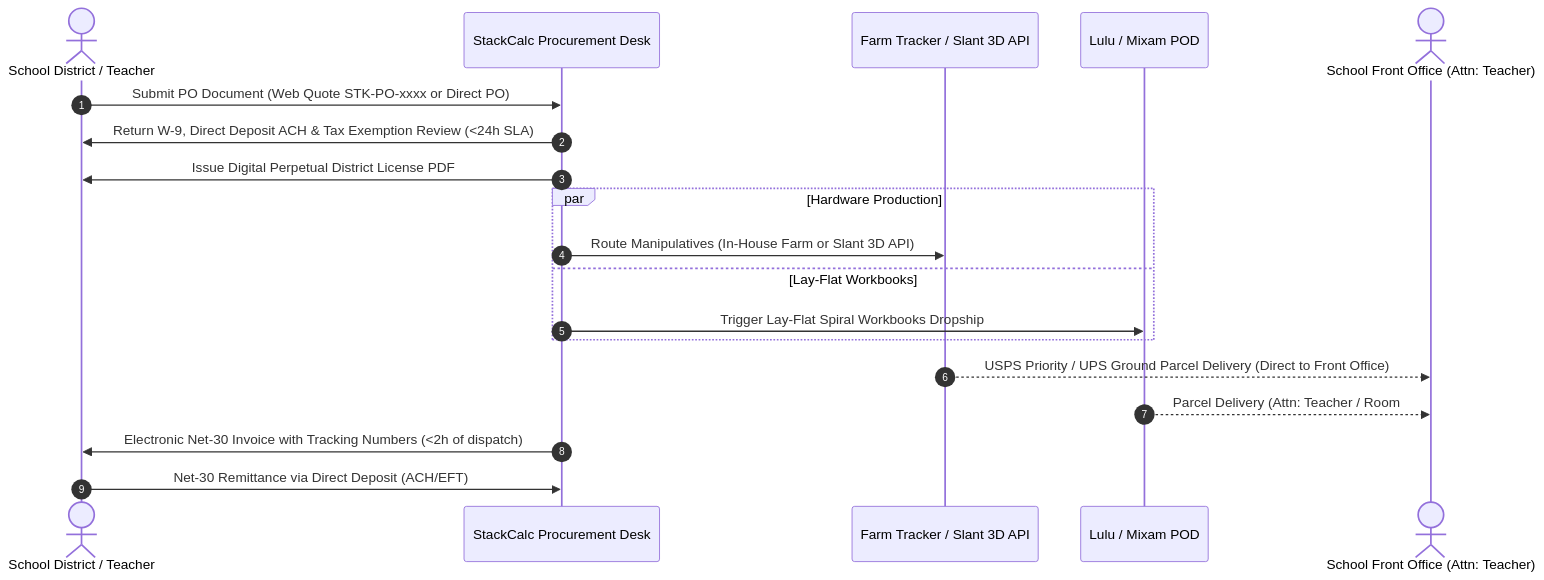
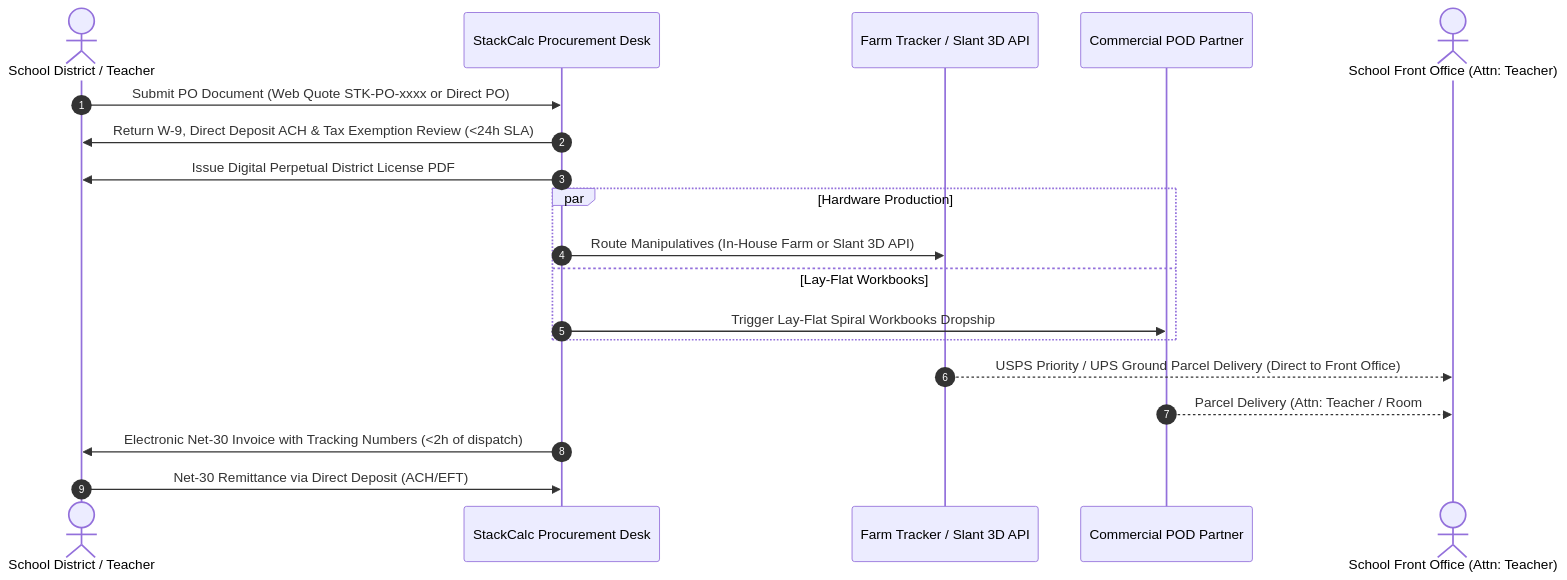
The fourth of 4 diagrams in docs/shipping-and-packaging.md (abagher2/stackcalc), drawn with Mermaid before and after one commit. The commit also changed other lines of this file and 23 other files, not shown here.

````diff
--- a/docs/shipping-and-packaging.md
+++ b/docs/shipping-and-packaging.md
@@ -180,22 +180,22 @@
 ```mermaid
 sequenceDiagram
     autonumber
     actor District as School District / Teacher
     participant Hub as StackCalc Procurement Desk
     participant Farm as Farm Tracker / Slant 3D API
-    participant POD as Lulu / Mixam POD
+    participant POD as Commercial POD Partner
     actor Office as School Front Office (Attn: Teacher)
 
     District->>Hub: Submit PO Document (Web Quote STK-PO-xxxx or Direct PO)
     Hub->>District: Return W-9, Direct Deposit ACH & Tax Exemption Review (<24h SLA)
     Hub->>District: Issue Digital Perpetual District License PDF
     par Hardware Production
         Hub->>Farm: Route Manipulatives (In-House Farm or Slant 3D API)
     and Lay-Flat Workbooks
         Hub->>POD: Trigger Lay-Flat Spiral Workbooks Dropship
     end
     Farm-->>Office: USPS Priority / UPS Ground Parcel Delivery (Direct to Front Office)
     POD-->>Office: Parcel Delivery (Attn: Teacher / Room #)
     Hub->>District: Electronic Net-30 Invoice with Tracking Numbers (<2h of dispatch)
     District->>Hub: Net-30 Remittance via Direct Deposit (ACH/EFT)
 ```
````
